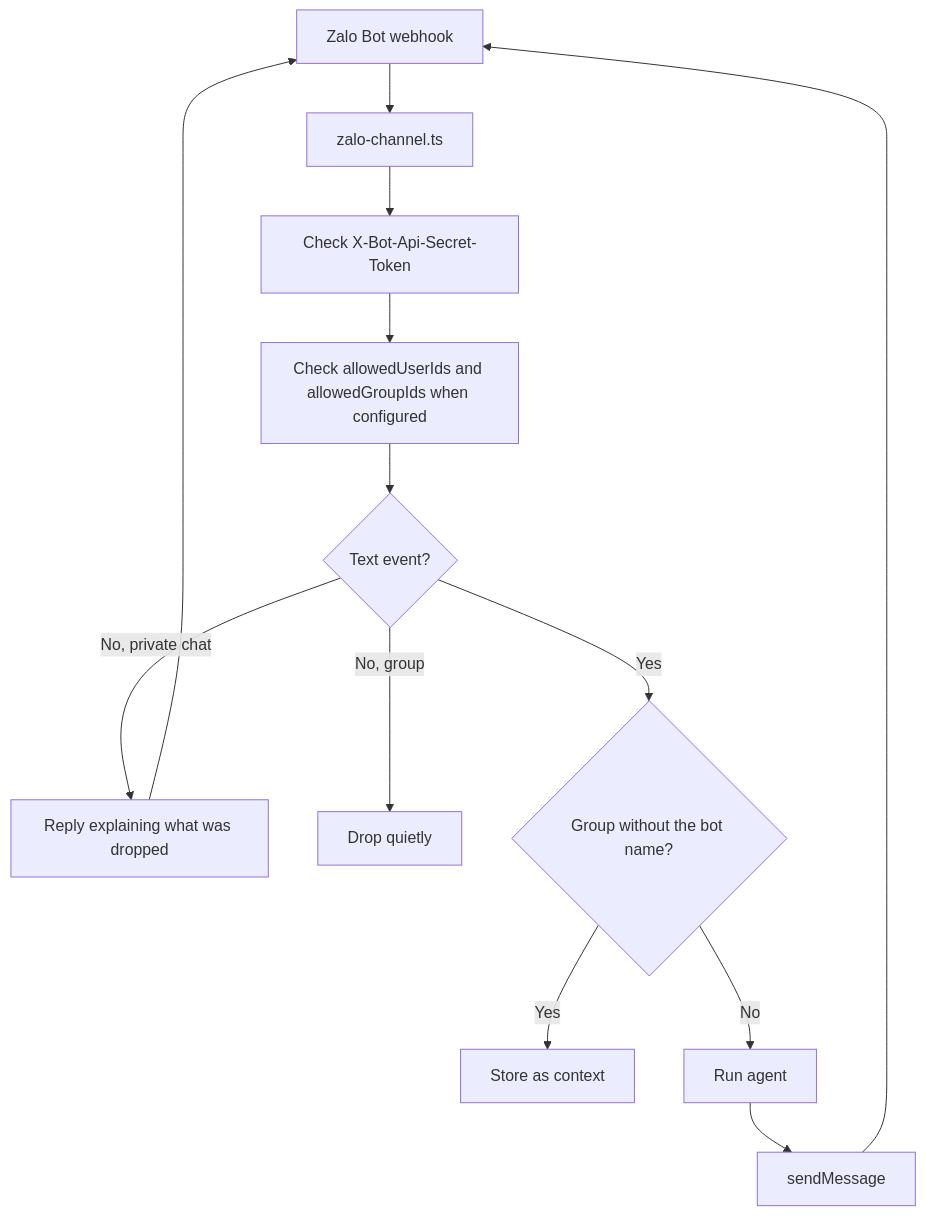
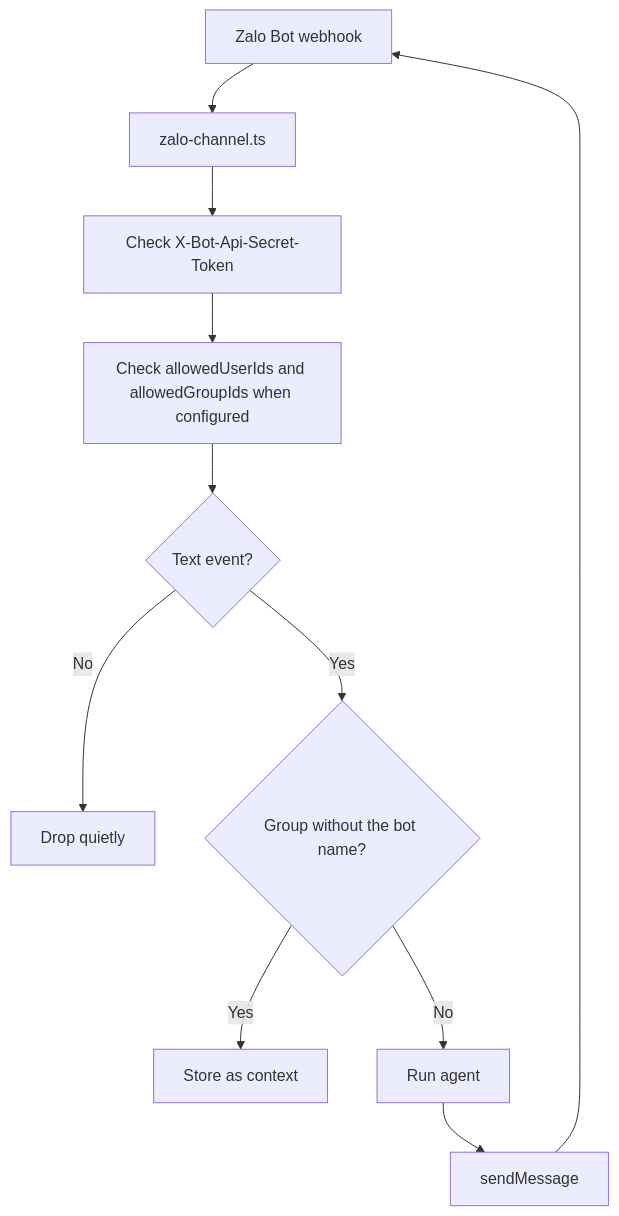
Before and after one commit to beeblastco/broods: the diagram in apps/docs/docs/channels/zalo.md, drawn with Mermaid. The commit also changed other lines of this file and 4 other files, not shown here.

````diff
--- a/apps/docs/docs/channels/zalo.md
+++ b/apps/docs/docs/channels/zalo.md
@@ -63,15 +63,13 @@
 ```mermaid
 flowchart TD
   Zalo["Zalo Bot webhook"] --> Adapter["zalo-channel.ts"]
   Adapter --> Auth["Check X-Bot-Api-Secret-Token"]
   Auth --> Allow["Check allowedUserIds and allowedGroupIds when configured"]
   Allow --> Type{"Text event?"}
-  Type -- "No, private chat" --> Notice["Reply explaining what was dropped"]
-  Type -- "No, group" --> Drop["Drop quietly"]
+  Type -- No --> Drop["Drop quietly"]
   Type -- Yes --> Addressed{"Group without the bot name?"}
   Addressed -- Yes --> Context["Store as context"]
   Addressed -- No --> Agent["Run agent"]
   Agent --> Reply["sendMessage"]
-  Notice --> Zalo
   Reply --> Zalo
 ```
````
